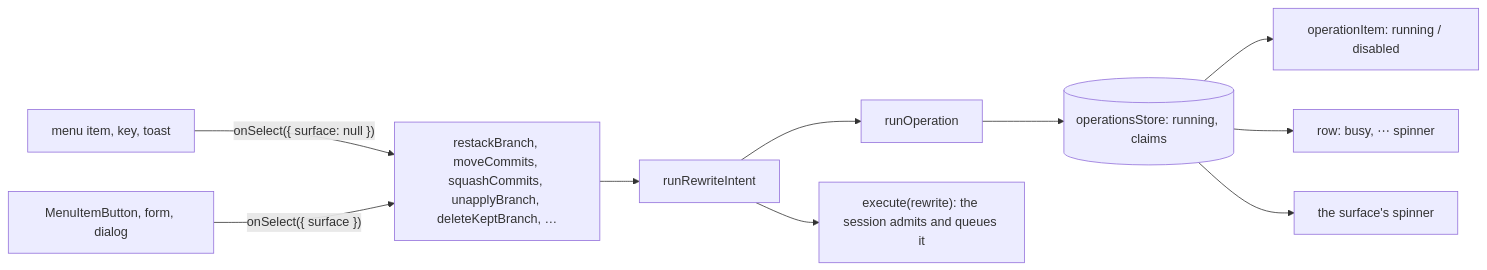
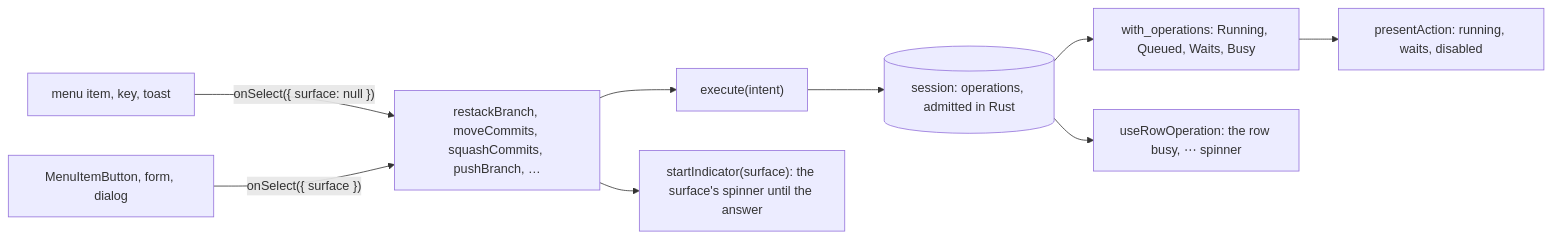
Before and after one commit to develar/branch-deck: the diagram in docs/design/operations.md, drawn with Mermaid. The commit also changed other lines of this file and 97 other files, not shown here.

````diff
--- a/docs/design/operations.md
+++ b/docs/design/operations.md
@@ -48,12 +52,11 @@
 ```mermaid
 flowchart LR
     Menu[menu item, key, toast] -->|"onSelect({ surface: null })"| Action
     Button[MenuItemButton, form, dialog] -->|"onSelect({ surface })"| Action
-    Action[restackBranch, moveCommits, squashCommits, unapplyBranch, deleteKeptBranch, …] --> Rewrite[runRewriteIntent]
-    Rewrite --> Run[runOperation]
-    Rewrite --> Execute["execute(rewrite): the session admits and queues it"]
-    Run --> Registry[(operationsStore: running, claims)]
-    Registry --> Item[operationItem: running / disabled]
-    Registry --> Row["row: busy, ⋯ spinner"]
-    Registry --> Surface[the surface's spinner]
+    Action[restackBranch, moveCommits, squashCommits, pushBranch, …] --> Execute["execute(intent)"]
+    Action --> Indicator["startIndicator(surface): the surface's spinner until the answer"]
+    Execute --> Registry[(session: operations, admitted in Rust)]
+    Registry --> Actions["with_operations: Running, Queued, Waits, Busy"]
+    Registry --> Row["useRowOperation: the row busy, ⋯ spinner"]
+    Actions --> Item[presentAction: running, waits, disabled]
 ```
````
